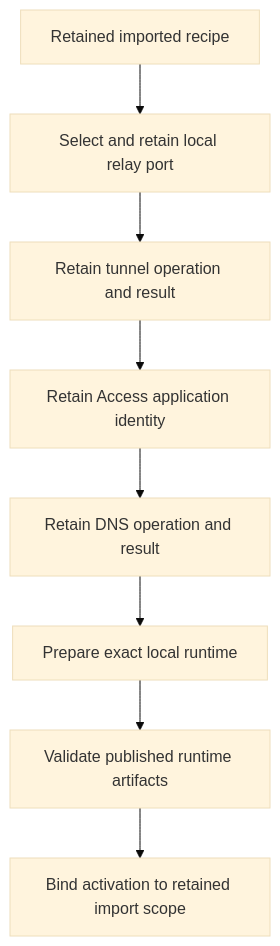
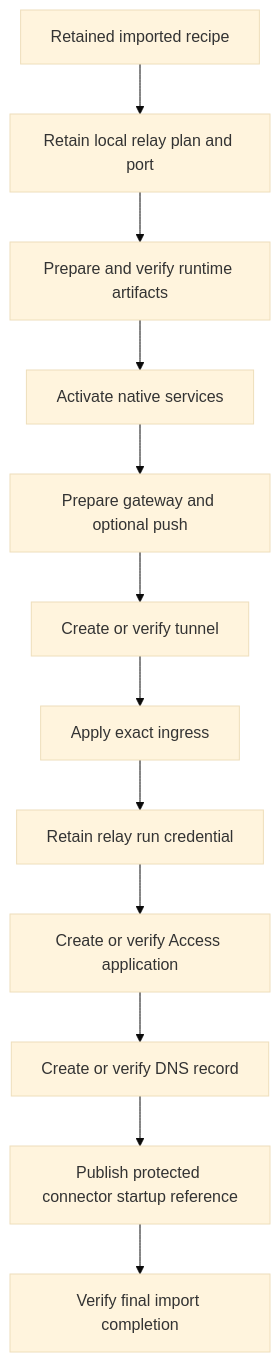
One commit to fourlastor/remozio changed the diagram in docs/experiments/portable-import-relay-runtime.md. Above: the diagram before and after it, drawn with Mermaid (base theme). The commit also changed other lines of this file and 5 other files, not shown here.

````diff
--- a/docs/experiments/portable-import-relay-runtime.md
+++ b/docs/experiments/portable-import-relay-runtime.md
@@ -17,10 +17,14 @@
 ```mermaid
 flowchart TD
-  Recipe[Retained imported recipe] --> Port[Select and retain local relay port]
-  Port --> Tunnel[Retain tunnel operation and result]
-  Tunnel --> Access[Retain Access application identity]
-  Access --> DNS[Retain DNS operation and result]
-  DNS --> Runtime[Prepare exact local runtime]
-  Runtime --> Readback[Validate published runtime artifacts]
-  Readback --> Activate[Bind activation to retained import scope]
+  Recipe[Retained imported recipe] --> Port[Retain local relay plan and port]
+  Port --> Runtime[Prepare and verify runtime artifacts]
+  Runtime --> Activate[Activate native services]
+  Activate --> Gateway[Prepare gateway and optional push]
+  Gateway --> Tunnel[Create or verify tunnel]
+  Tunnel --> Ingress[Apply exact ingress]
+  Ingress --> Credential[Retain relay run credential]
+  Credential --> Access[Create or verify Access application]
+  Access --> DNS[Create or verify DNS record]
+  DNS --> Connector[Publish protected connector startup reference]
+  Connector --> Complete[Verify final import completion]
 ```
````
